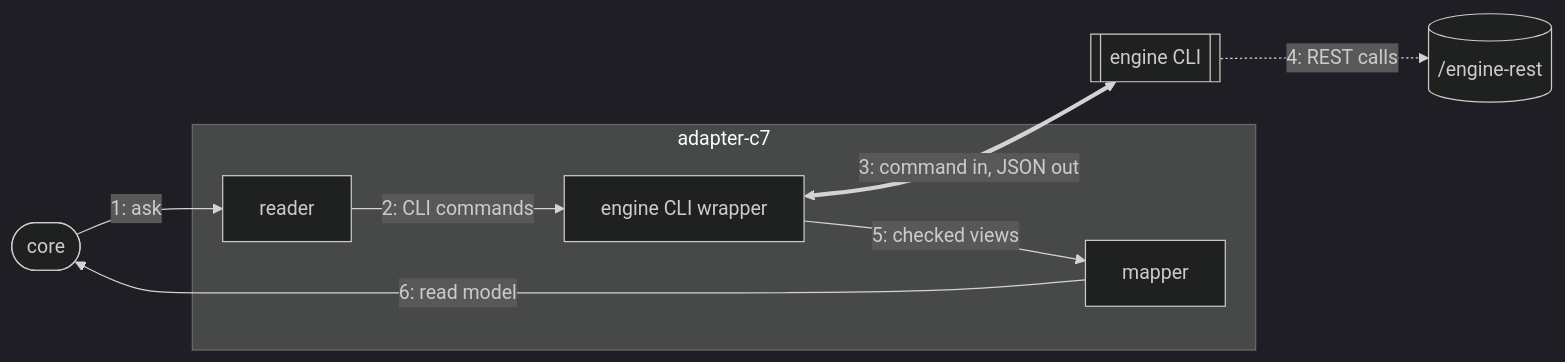
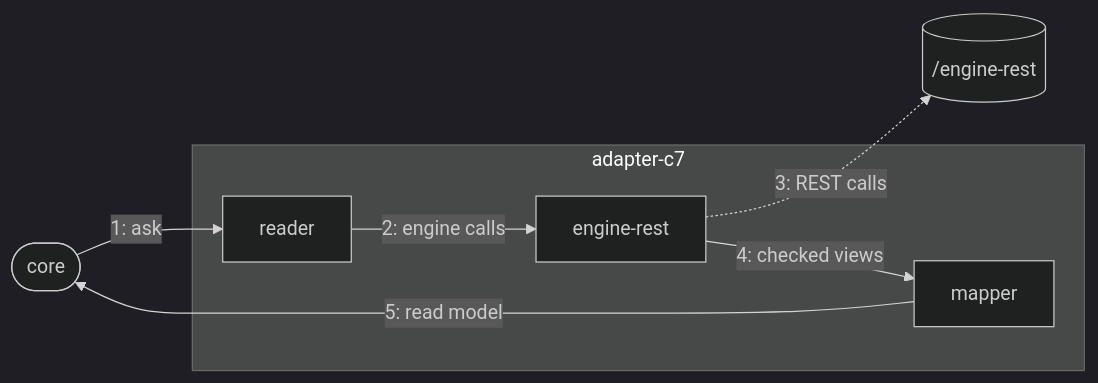
Before and after one commit to Miragon/pulse: the diagram in apps/vscode/src/adapters/c7/README.md, drawn with Mermaid (dark theme). The commit also changed other lines of this file and 145 other files, not shown here.

First line of the commit message:
refactor(vscode): read the engine over REST instead of the operate CLI

````diff
--- a/apps/vscode/src/adapters/c7/README.md
+++ b/apps/vscode/src/adapters/c7/README.md
@@ -14,15 +13,14 @@
 ```mermaid
 flowchart LR
   core(["core"])
   subgraph adapter ["adapter-c7"]
     reader["reader"]
     mapper["mapper"]
-    wrapper["engine CLI wrapper"]
+    rest["engine-rest"]
   end
   core -- "1: ask" --> reader
-  reader -- "2: CLI commands" --> wrapper
-  wrapper <== "3: command in, JSON out" ==> cli[["engine CLI"]]
-  cli -. "4: REST calls" .-> rest[("/engine-rest")]
-  wrapper -- "5: checked views" --> mapper
-  mapper -- "6: read model" --> core
+  reader -- "2: engine calls" --> rest
+  rest -. "3: REST calls" .-> engine[("/engine-rest")]
+  rest -- "4: checked views" --> mapper
+  mapper -- "5: read model" --> core
 ```
````
